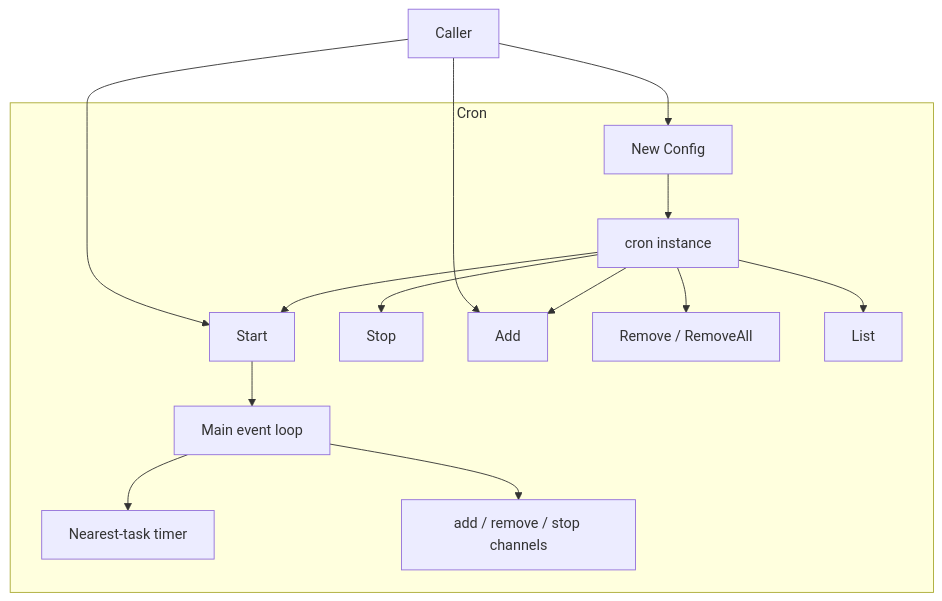
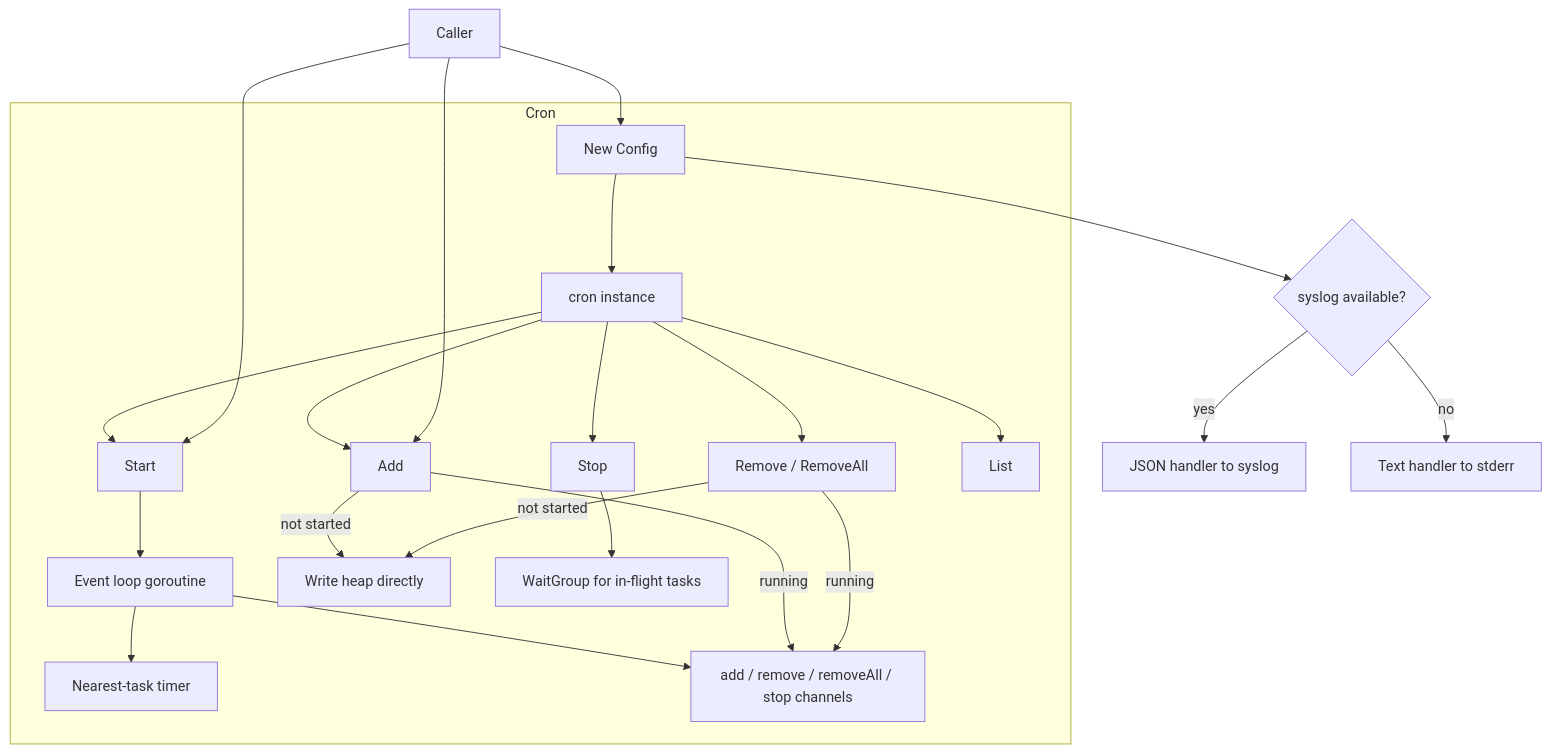
One commit to pardnchiu/go-scheduler changed the second of 7 diagrams in doc/architecture.md. Above: the diagram before and after it, drawn with Mermaid. The commit also changed other lines of this file and 6 other files, not shown here.

````diff
--- a/doc/architecture.md
+++ b/doc/architecture.md
@@ -23,17 +28,25 @@
 ```mermaid
 graph TB
     subgraph Cron
         New[New Config] --> Instance[cron instance]
         Instance --> Start[Start]
         Instance --> Stop[Stop]
         Instance --> Add[Add]
         Instance --> Remove[Remove / RemoveAll]
         Instance --> List[List]
-        Start --> Loop[Main event loop]
+        Start --> Loop[Event loop goroutine]
         Loop --> Timer[Nearest-task timer]
-        Loop --> Channels[add / remove / stop channels]
+        Loop --> Channels[add / remove / removeAll / stop channels]
+        Add -->|running| Channels
+        Remove -->|running| Channels
+        Add -->|not started| HeapDirect[Write heap directly]
+        Remove -->|not started| HeapDirect
+        Stop --> WaitGroup[WaitGroup for in-flight tasks]
     end
     App[Caller] --> New
     App --> Start
     App --> Add
+    New --> Syslog{syslog available?}
+    Syslog -->|yes| JSON[JSON handler to syslog]
+    Syslog -->|no| Text[Text handler to stderr]
 ```
````
